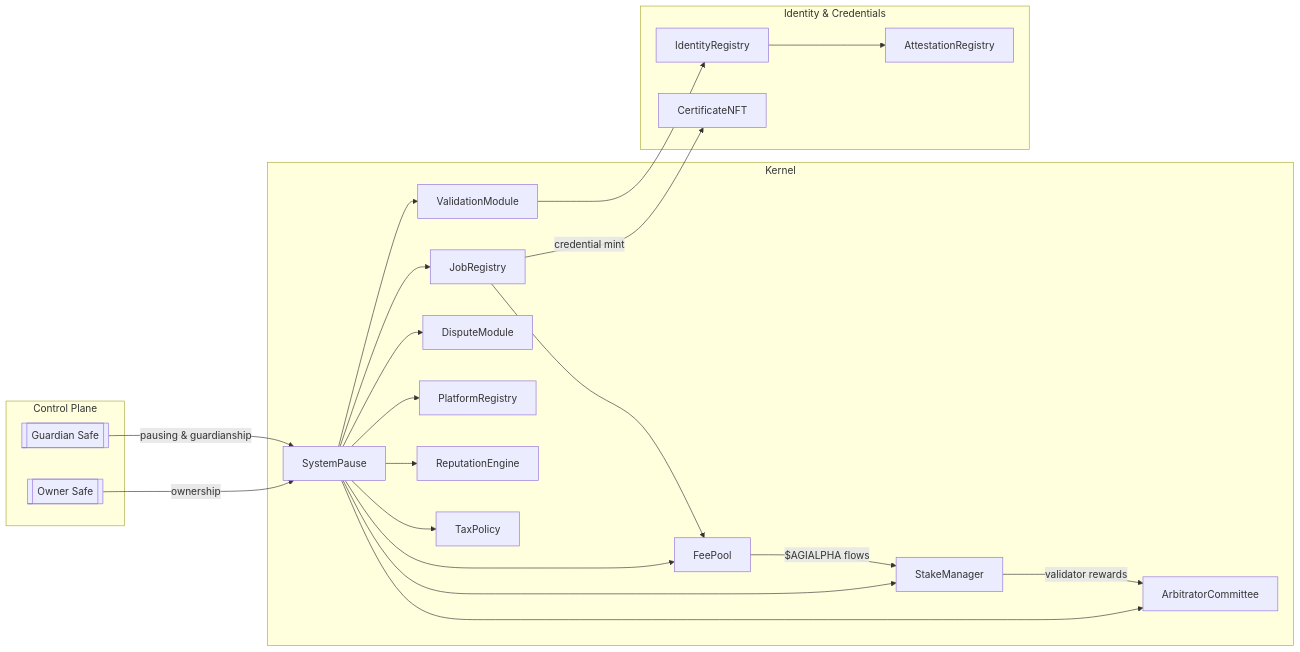
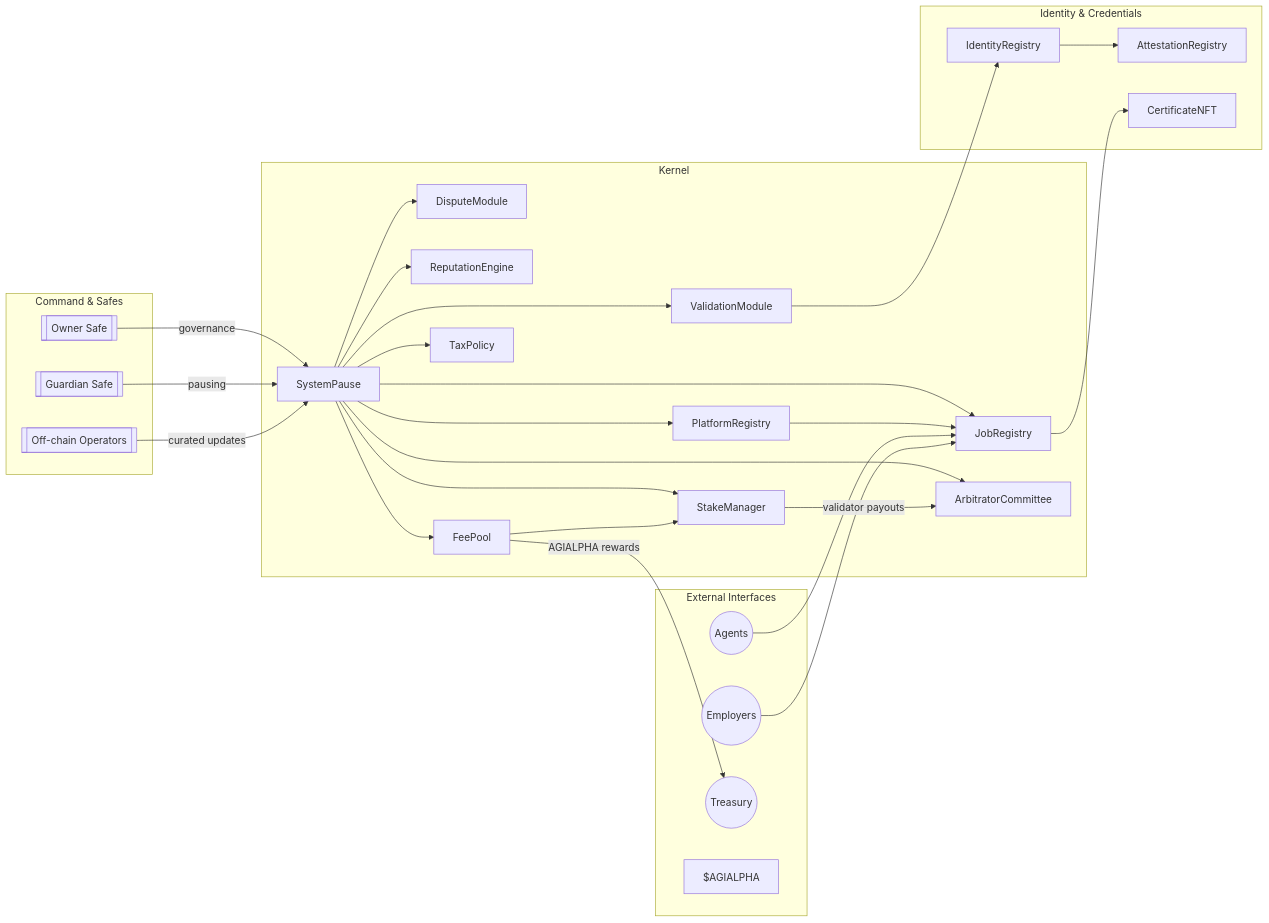
One commit to MontrealAI/agijobs-sovereign-labor-v0p1 changed the second of 2 diagrams in hardhat/README.md. Above: the diagram before and after it, drawn with Mermaid. The commit also changed other lines of this file, not shown here.

````diff
--- a/hardhat/README.md
+++ b/hardhat/README.md
@@ -43,42 +73,53 @@
 ```mermaid
 flowchart LR
-    subgraph ControlPlane[Control Plane]
+    subgraph Command[Command & Safes]
+        Owner[[Owner Safe]]
         Guardian[[Guardian Safe]]
-        Owner[[Owner Safe]]
+        L2Oracles[[Off-chain Operators]]
     end
     subgraph Kernel[Kernel]
         Pause[SystemPause]
         Stake[StakeManager]
         Jobs[JobRegistry]
         Valid[ValidationModule]
         Dispute[DisputeModule]
         Platform[PlatformRegistry]
         Reputation[ReputationEngine]
         Committee[ArbitratorCommittee]
         FeePool[FeePool]
         Tax[TaxPolicy]
     end
     subgraph IdentitySphere[Identity & Credentials]
         Identity[IdentityRegistry]
         Attest[AttestationRegistry]
         Cert[CertificateNFT]
     end
+    subgraph Markets[External Interfaces]
+        Workers((Agents))
+        Employers((Employers))
+        Treasury((Treasury))
+        Token[$AGIALPHA]
+    end
 
-    Owner -->|ownership| Pause
-    Guardian -->|pausing & guardianship| Pause
+    Owner -->|governance| Pause
+    Guardian -->|pausing| Pause
+    L2Oracles -->|curated updates| Pause
     Pause --> Jobs
     Pause --> Stake
     Pause --> Valid
     Pause --> Dispute
     Pause --> Platform
     Pause --> FeePool
     Pause --> Reputation
     Pause --> Committee
     Pause --> Tax
-    Jobs -->|credential mint| Cert
+    Jobs --> Cert
     Valid --> Identity
     Identity --> Attest
-    Jobs --> FeePool
-    FeePool -->|$AGIALPHA flows| Stake
-    Stake -->|validator rewards| Committee
+    Platform --> Jobs
+    FeePool -->|AGIALPHA rewards| Treasury
+    FeePool --> Stake
+    Stake -->|validator payouts| Committee
+    Workers --> Jobs
+    Employers --> Jobs
 ```
````
